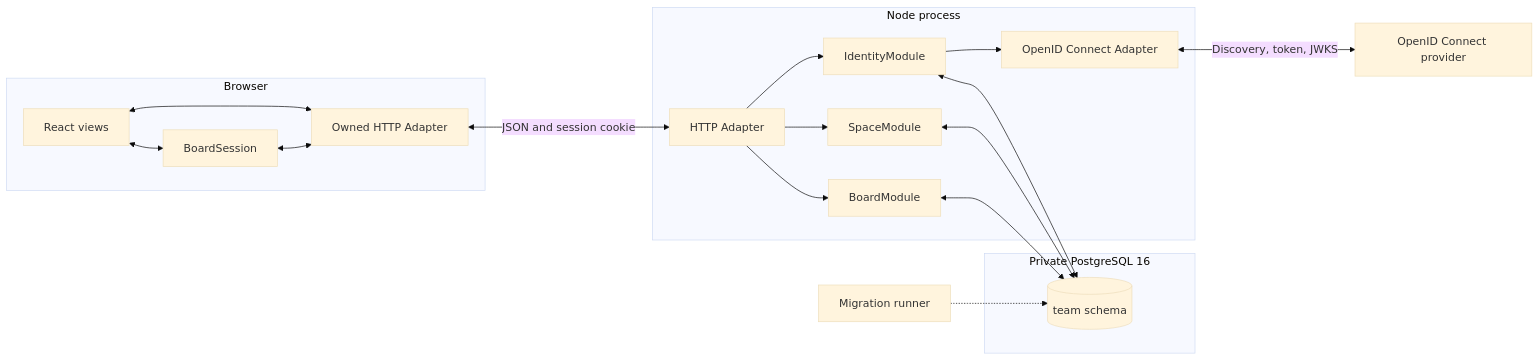
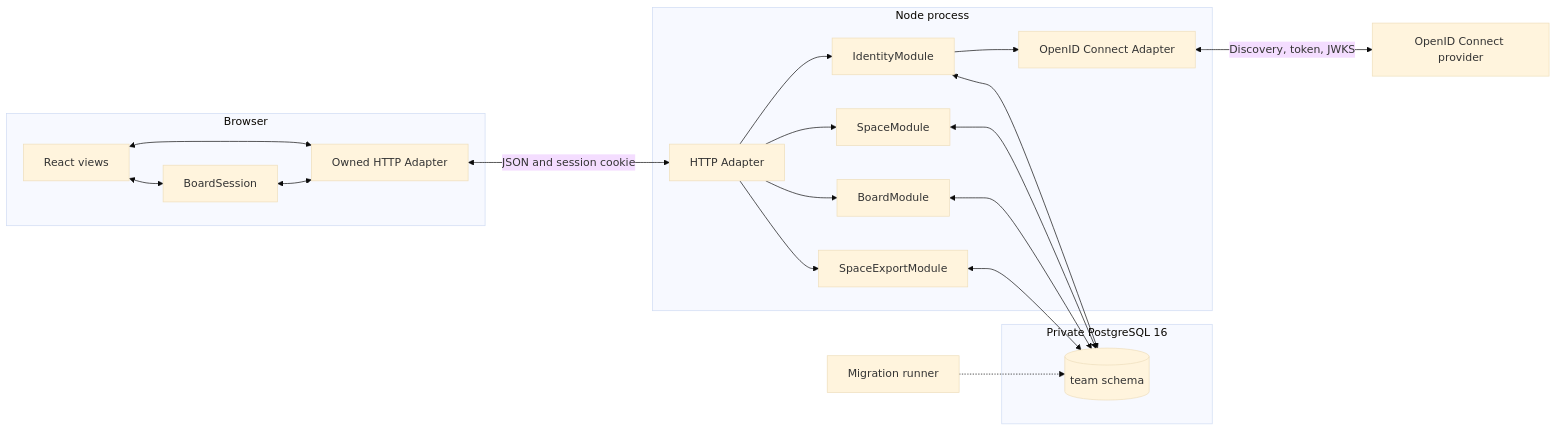
The diagram in ARCHITECTURE.md (SmidigBommen/dig-the-tracker), drawn with Mermaid (base theme) before and after one commit. The commit also changed other lines of this file and 55 other files, not shown here.

````diff
--- a/ARCHITECTURE.md
+++ b/ARCHITECTURE.md
@@ -7,34 +7,37 @@
 ```mermaid
 flowchart LR
   subgraph Browser[Browser]
     Views[React views]
     TeamClient[Owned HTTP Adapter]
     BoardSession[BoardSession]
     Views <--> TeamClient
     Views <--> BoardSession
     BoardSession <--> TeamClient
   end
 
   subgraph Node[Node process]
     HTTP[HTTP Adapter]
     Identity[IdentityModule]
     Space[SpaceModule]
     Board[BoardModule]
+    Export[SpaceExportModule]
     OIDCAdapter[OpenID Connect Adapter]
     HTTP --> Identity
     HTTP --> Space
     HTTP --> Board
+    HTTP --> Export
     Identity --> OIDCAdapter
   end
 
   subgraph Postgres[Private PostgreSQL 16]
     TeamSchema[(team schema)]
   end
 
   TeamClient <-->|JSON and session cookie| HTTP
   OIDCAdapter <-->|Discovery, token, JWKS| Provider[OpenID Connect provider]
   Identity <--> TeamSchema
   Space <--> TeamSchema
   Board <--> TeamSchema
+  Export <--> TeamSchema
   Migrations[Migration runner] -.-> TeamSchema
 ```
````
